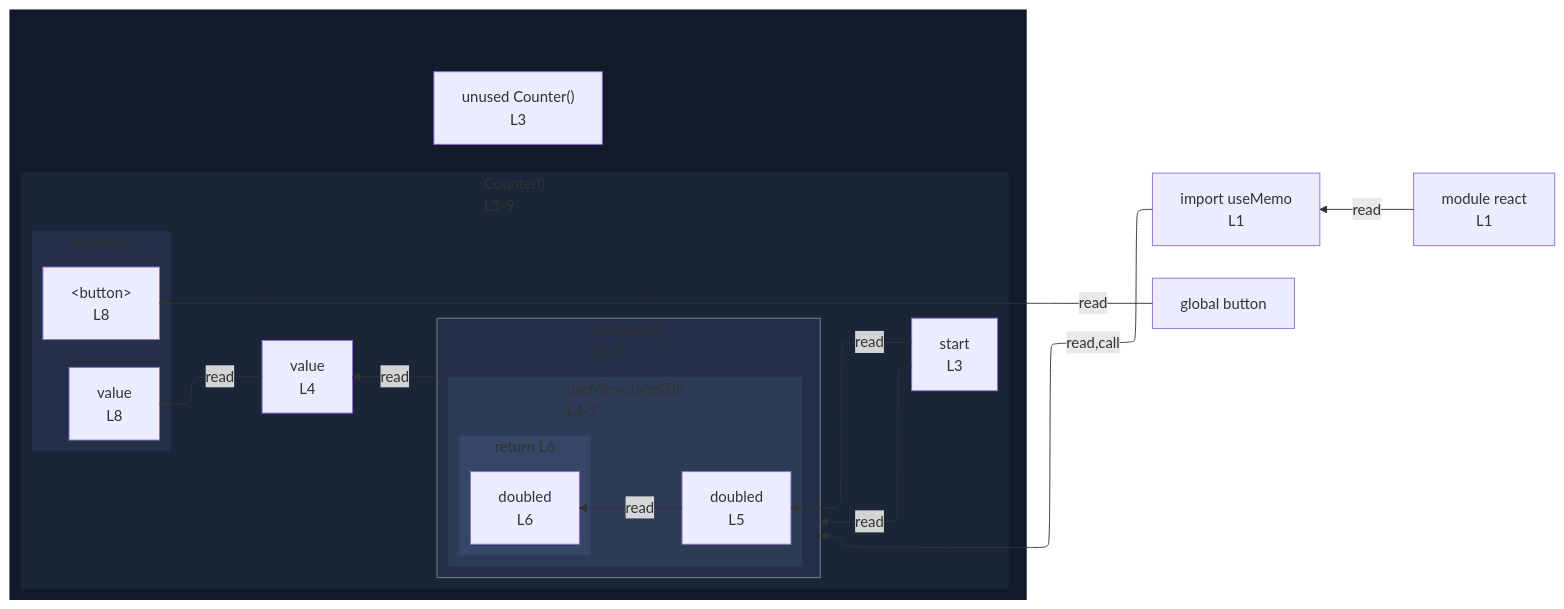
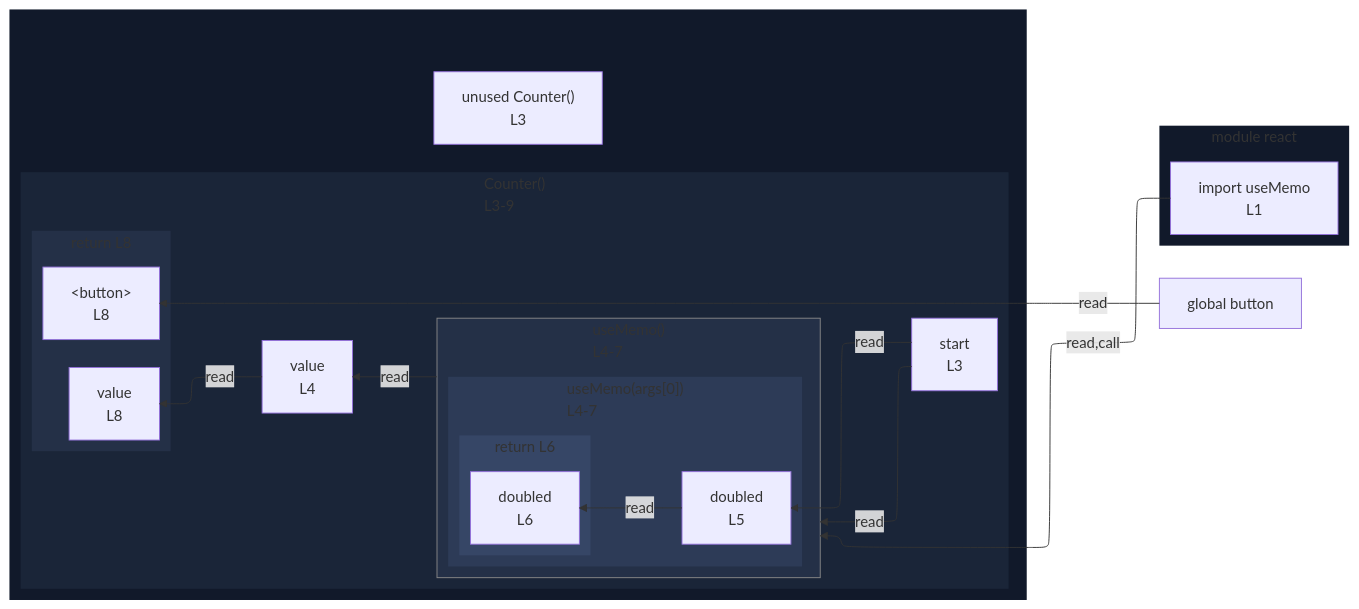
One commit to crescware/unsnarl changed the diagram in integration/fixtures/app-behavior/plugin/react/use-memo/preview.md. Above: the diagram before and after it, drawn with Mermaid. The commit also changed 153 other files, not shown here.

First line of the commit message:
Render import sources as module subgraphs instead of module nodes

````diff
--- a/integration/fixtures/app-behavior/plugin/react/use-memo/preview.md
+++ b/integration/fixtures/app-behavior/plugin/react/use-memo/preview.md
@@ -19,53 +19,55 @@
 ```mermaid
 %%{init: {"flowchart": {"defaultRenderer": "elk"}}}%%
 flowchart RL
-  n_scope_0_useMemo_9["import useMemo<br/>L1"]
   n_scope_0_button_194["global button"]
   subgraph wrap_s_scope_1[" "]
     direction TB
     n_scope_0_Counter_40["unused Counter()<br/>L3"]
     subgraph s_scope_1["Counter()<br/>L3-9"]
       direction RL
       n_scope_1_start_53["start<br/>L3"]
       n_scope_1_value_94["value<br/>L4"]
       subgraph call_proxy_102["useMemo()<br/>L4-7"]
         direction RL
         subgraph s_scope_2["useMemo(args[0])<br/>L4-7"]
           direction RL
           n_scope_2_doubled_128["doubled<br/>L5"]
           subgraph s_return_scope_0_Counter_40_153_168["return L6"]
             direction RL
             ret_use_ref_5["doubled<br/>L6"]
           end
         end
       end
       subgraph s_return_scope_0_Counter_40_186_218["return L8"]
         direction RL
         ret_use_ref_7["&lt;button&gt;<br/>L8"]
         ret_use_ref_8["value<br/>L8"]
       end
     end
   end
+  subgraph sg_react["module react"]
+    direction RL
+    n_scope_0_useMemo_9["import useMemo<br/>L1"]
+  end
   call_proxy_102 -->|read| n_scope_1_value_94
   n_scope_0_useMemo_9 -->|read,call| call_proxy_102
   n_scope_1_start_53 -->|read| n_scope_2_doubled_128
   n_scope_2_doubled_128 -->|read| ret_use_ref_5
   n_scope_1_start_53 -->|read| call_proxy_102
   n_scope_0_button_194 -->|read| ret_use_ref_7
   n_scope_1_value_94 -->|read| ret_use_ref_8
-  mod_react["module react<br/>L1"]
-  mod_react -->|read| n_scope_0_useMemo_9
   classDef nestL1 fill:#11192a,stroke:transparent;
   class wrap_s_scope_1 nestL1;
+  class sg_react nestL1;
   classDef nestL2 fill:#1a2538,stroke:transparent;
   class s_scope_1 nestL2;
   classDef nestL3 fill:#243047,stroke:transparent;
   class call_proxy_102 nestL3;
   class s_return_scope_0_Counter_40_186_218 nestL3;
   classDef nestL4 fill:#2d3b57,stroke:transparent;
   class s_scope_2 nestL4;
   classDef nestL5 fill:#364666,stroke:transparent;
   class s_return_scope_0_Counter_40_153_168 nestL5;
   classDef edgeTargetSubgraph stroke:#888;
   class call_proxy_102 edgeTargetSubgraph;
 ```
````
